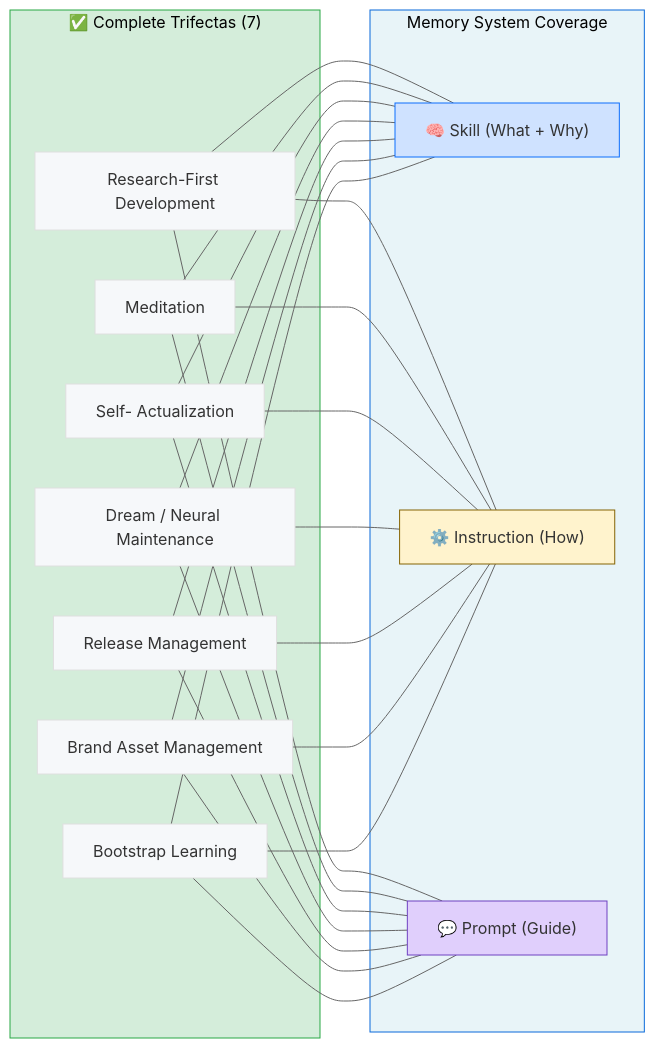
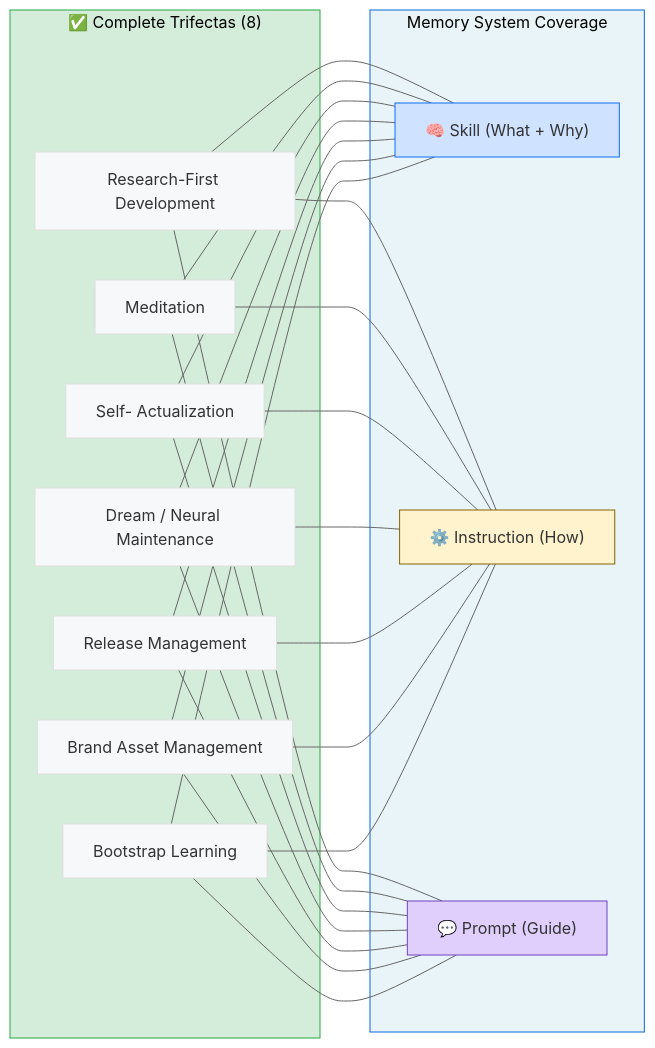
Before and after one commit to fabioc-aloha/Alex_Plug_In: the diagram in alex_docs/architecture/TRIFECTA-CATALOG.md, drawn with Mermaid. The commit also changed other lines of this file and 52 other files, not shown here.

````diff
--- a/alex_docs/architecture/TRIFECTA-CATALOG.md
+++ b/alex_docs/architecture/TRIFECTA-CATALOG.md
@@ -192,33 +192,33 @@
 ```mermaid
 %%{init: {'theme': 'base', 'themeVariables': { 'lineColor': '#666', 'primaryColor': '#f6f8fa'}}}%%
 flowchart LR
-    subgraph COMPLETE["✅ Complete Trifectas (7)"]
+    subgraph COMPLETE["✅ Complete Trifectas (8)"]
         RFD["Research-First Development"]
         MED["Meditation"]
         SA["Self- Actualization"]
         DS["Dream / Neural Maintenance"]
         REL["Release Management"]
         BAM["Brand Asset Management"]
         BL["Bootstrap Learning"]
     end
 
     subgraph LAYERS["Memory System Coverage"]
         SK["🧠 Skill (What + Why)"]
         INS["⚙️ Instruction (How)"]
         PR["💬 Prompt (Guide)"]
     end
 
     RFD --- SK & INS & PR
     MED --- SK & INS & PR
     SA --- SK & INS & PR
     DS --- SK & INS & PR
     REL --- SK & INS & PR
     BAM --- SK & INS & PR
     BL --- SK & INS & PR
 
     style COMPLETE fill:#d4edda,stroke:#28a745
     style LAYERS fill:#e8f4f8,stroke:#0969da
     style SK fill:#cfe2ff,stroke:#0d6efd
     style INS fill:#fff3cd,stroke:#856404
     style PR fill:#e0cffc,stroke:#6f42c1
 ```
````
